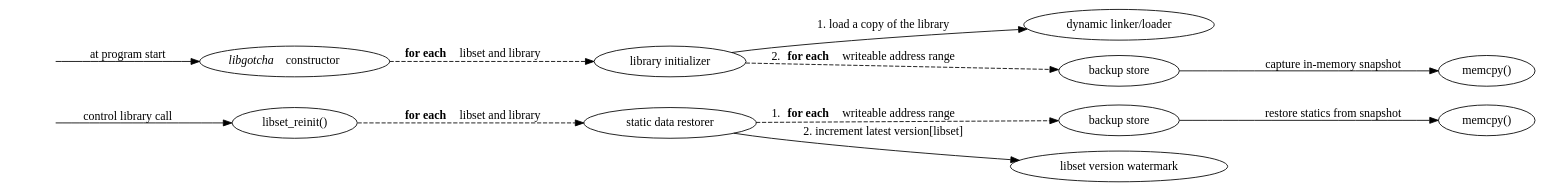
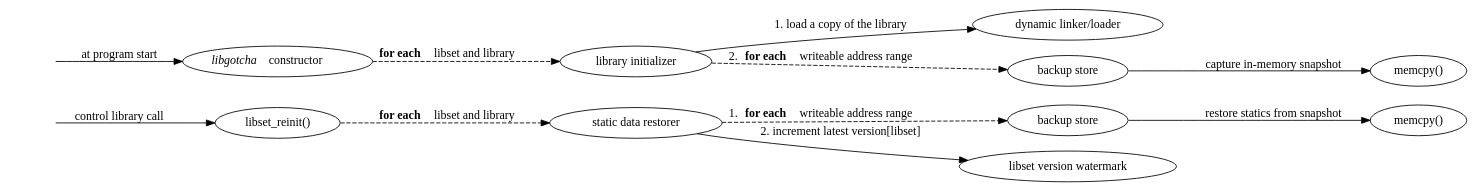
One commit to solb/thesis changed the diagram in figs/reinit.dot. Above: the diagram before and after it, drawn with Graphviz.

Commit message:
figs/reinit.dot: Zero out rank separation to make text slightly larger

```diff
--- a/figs/reinit.dot
+++ b/figs/reinit.dot
@@ -1,38 +1,39 @@
 strict digraph {
 	rankdir=LR;
+	ranksep=0;
 	node [label=""];
 
 	start [shape=none];
 	renew [shape=none];
 
 	{
 		rank=same;
 		edge [style=invisible, arrowhead=none];
 
 		start -> renew;
 	}
 
 	ctor [label=<<i>libgotcha</i> constructor>];
 	copy [label="library initializer"];
 	rtld [label="dynamic linker/loader"];
 	back [label="backup store"];
 	mcpy [label="memcpy()"];
 
 	start -> ctor [label="at program start"];
 	ctor -> copy [style=dashed, label=<<b>for each</b> libset and library>];
 	copy -> rtld [label="1. load a copy of the library"];
 	copy -> back [style=dashed, label=<2. <b>for each</b> writeable address range>];
 	back -> mcpy [label="capture in-memory snapshot"];
 
 	reinit [label="libset_reinit()"];
 	restore [label="static data restorer"];
 	back2 [label="backup store"];
 	water [label="libset version watermark"]
 	mcpy2 [label="memcpy()"];
 
 	renew -> reinit [label="control library call"];
 	reinit -> restore [style=dashed, label=<<b>for each</b> libset and library>];
 	restore -> back2 [style=dashed, label=<1. <b>for each</b> writeable address range>];
 	restore -> water [label="2. increment latest version[libset]"];
 	back2 -> mcpy2 [label="restore statics from snapshot"];
 }
```
